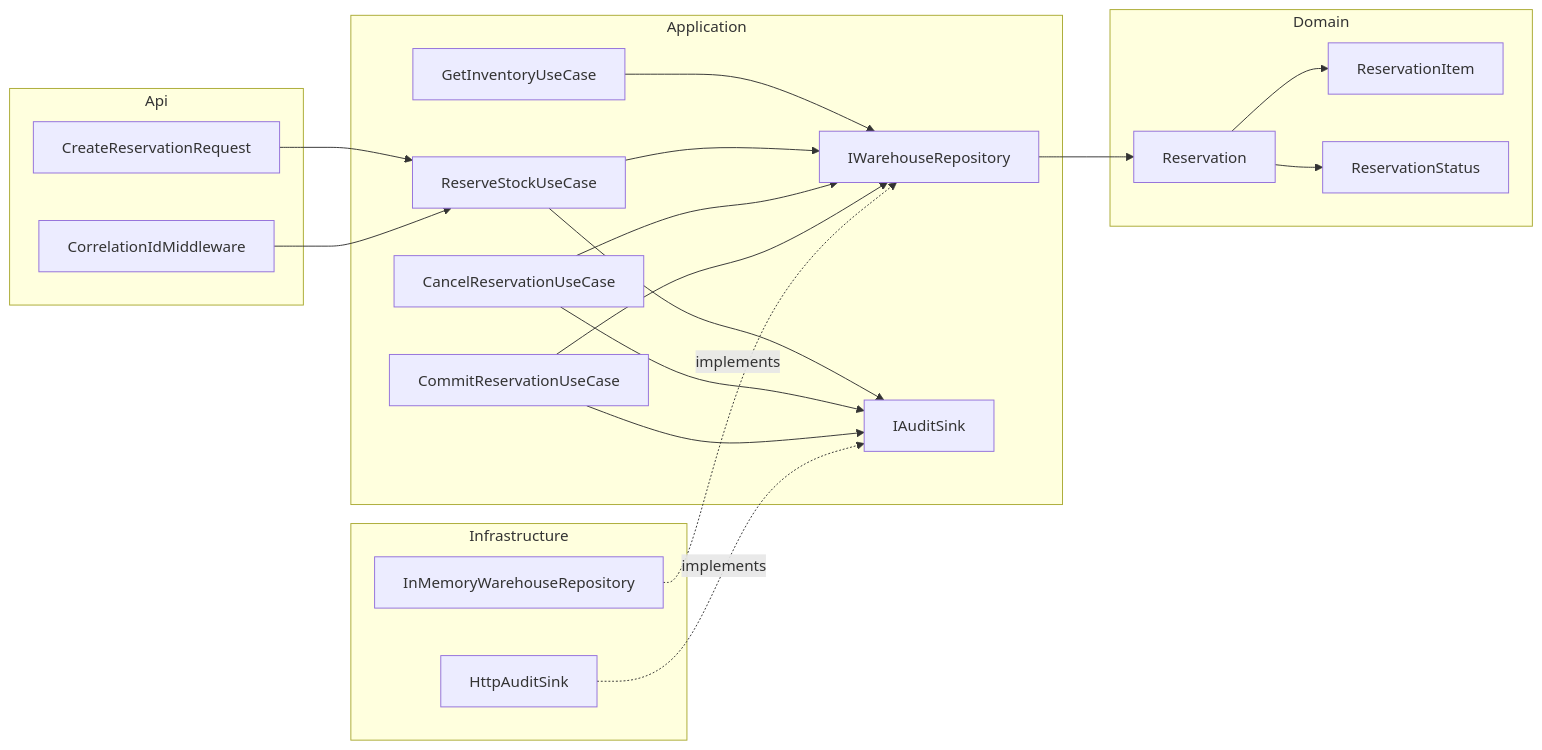
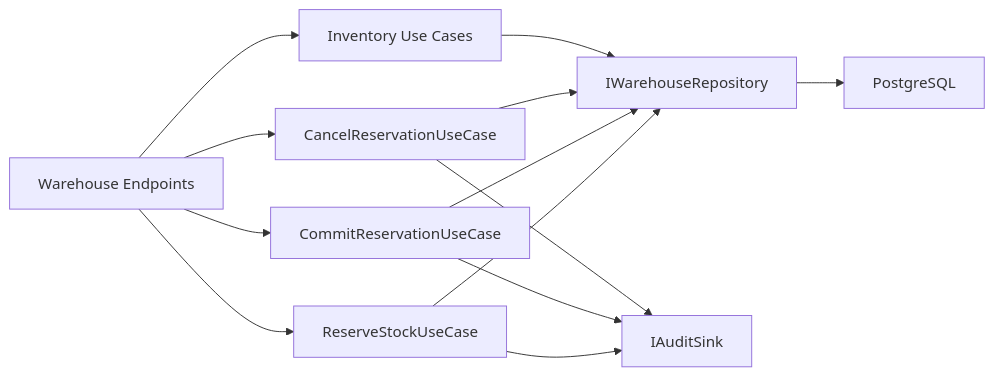
One commit to Abdelwadoud-Mabrouk/vse-microservice-online-shop changed the third of 8 diagrams in docs/dotnet-services-diagrams.md. Above: the diagram before and after it, drawn with Mermaid. The commit also changed other lines of this file and 123 other files, not shown here.

Commit message:
Improve dotnet services architecture and docs

````diff
--- a/docs/dotnet-services-diagrams.md
+++ b/docs/dotnet-services-diagrams.md
@@ -66,44 +67,24 @@
 ```mermaid
 flowchart LR
-    subgraph API["Api"]
-        ReservationRequest["CreateReservationRequest"]
-        Correlation["CorrelationIdMiddleware"]
-    end
+    Api["Warehouse Endpoints"]
+    Reserve["ReserveStockUseCase"]
+    Commit["CommitReservationUseCase"]
+    Cancel["CancelReservationUseCase"]
+    Inventory["Inventory Use Cases"]
+    Repo["IWarehouseRepository"]
+    Audit["IAuditSink"]
+    Db["PostgreSQL"]
 
-    subgraph APP["Application"]
-        GetInventory["GetInventoryUseCase"]
-        Reserve["ReserveStockUseCase"]
-        Cancel["CancelReservationUseCase"]
-        Commit["CommitReservationUseCase"]
-        RepoPort["IWarehouseRepository"]
-        AuditPort["IAuditSink"]
-    end
-
-    subgraph DOMAIN["Domain"]
-        Reservation["Reservation"]
-        Item["ReservationItem"]
-        Status["ReservationStatus"]
-    end
-
-    subgraph INFRA["Infrastructure"]
-        MemoryRepo["InMemoryWarehouseRepository"]
-        AuditHttp["HttpAuditSink"]
-    end
-
-    ReservationRequest --> Reserve
-    Correlation --> Reserve
-    GetInventory --> RepoPort
-    Reserve --> RepoPort
-    Cancel --> RepoPort
-    Commit --> RepoPort
-    Reserve --> AuditPort
-    Cancel --> AuditPort
-    Commit --> AuditPort
-
-    RepoPort --> Reservation
-    Reservation --> Item
-    Reservation --> Status
-
-    MemoryRepo -.implements.-> RepoPort
-    AuditHttp -.implements.-> AuditPort
+    Api --> Reserve
+    Api --> Commit
+    Api --> Cancel
+    Api --> Inventory
+    Reserve --> Repo
+    Commit --> Repo
+    Cancel --> Repo
+    Inventory --> Repo
+    Reserve --> Audit
+    Commit --> Audit
+    Cancel --> Audit
+    Repo --> Db
 ```
````
